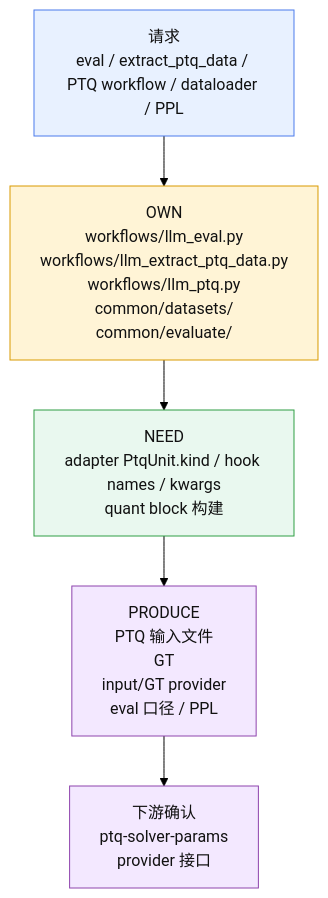
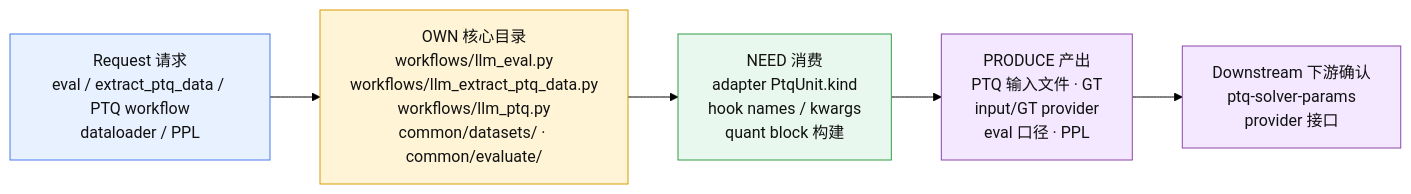
The sixth of 11 diagrams in .agents/docs/amct-coder-module-analysis.md (Atlas-Ascend-Fork/amct), drawn with Mermaid (forest theme) before and after one commit. The commit also changed other lines of this file, not shown here.

````diff
--- a/.agents/docs/amct-coder-module-analysis.md
+++ b/.agents/docs/amct-coder-module-analysis.md
@@ -189,16 +241,16 @@
 ```mermaid
-flowchart TB
-    A["请求<br/>eval / extract_ptq_data / PTQ workflow / dataloader / PPL"] --> B["OWN<br/>workflows/llm_eval.py<br/>workflows/llm_extract_ptq_data.py<br/>workflows/llm_ptq.py<br/>common/datasets/<br/>common/evaluate/"]
-    B --> C["NEED<br/>adapter PtqUnit.kind / hook names / kwargs<br/>quant block 构建"]
-    C --> D["PRODUCE<br/>PTQ 输入文件<br/>GT<br/>input/GT provider<br/>eval 口径 / PPL"]
-    D --> E["下游确认<br/>ptq-solver-params<br/>provider 接口"]
+flowchart LR
+    A["Request 请求<br/>eval / extract_ptq_data / PTQ workflow<br/>dataloader / PPL"] --> B["OWN 核心目录<br/>workflows/llm_eval.py<br/>workflows/llm_extract_ptq_data.py<br/>workflows/llm_ptq.py<br/>common/datasets/ · common/evaluate/"]
+    B --> C["NEED 消费<br/>adapter PtqUnit.kind<br/>hook names / kwargs<br/>quant block 构建"]
+    C --> D["PRODUCE 产出<br/>PTQ 输入文件 · GT<br/>input/GT provider<br/>eval 口径 · PPL"]
+    D --> E["Downstream 下游确认<br/>ptq-solver-params<br/>provider 接口"]
 
     classDef entry fill:#e8f1ff,stroke:#4b7bec,stroke-width:1px,color:#111;
     classDef core fill:#fff4d6,stroke:#d99a00,stroke-width:1px,color:#111;
     classDef data fill:#e9f8ef,stroke:#2f9e44,stroke-width:1px,color:#111;
     classDef out fill:#f3e8ff,stroke:#8e44ad,stroke-width:1px,color:#111;
     class A entry;
     class B core;
     class C data;
     class D,E out;
 ```
````
